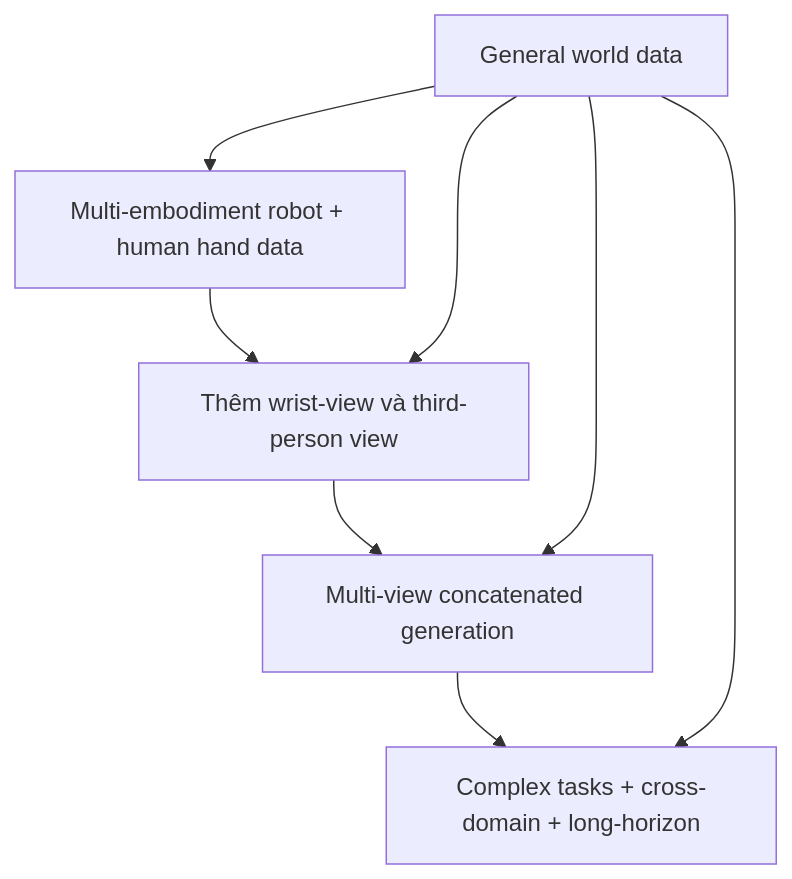
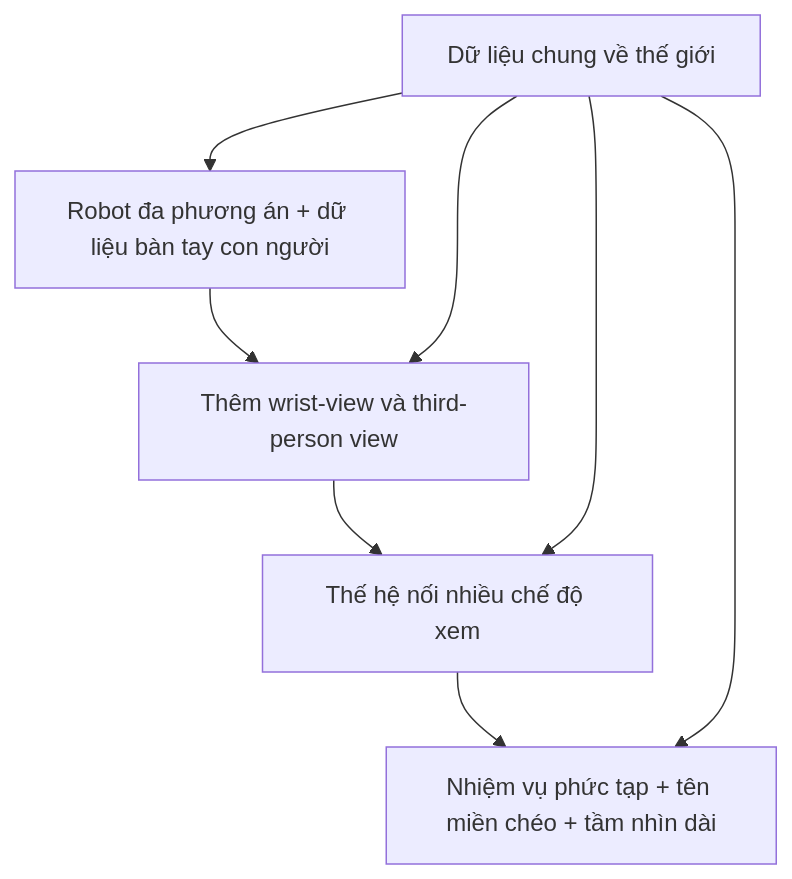
Before and after one commit to cycler04/VinRobotics-VLA: the diagram in docs/research_finding/01-gwen/qwen_models/Qwen-robotworld/training_stages.md, drawn with Mermaid. The commit also changed other lines of this file and 24 other files, not shown here.

````diff
--- a/docs/research_finding/01-gwen/qwen_models/Qwen-robotworld/training_stages.md
+++ b/docs/research_finding/01-gwen/qwen_models/Qwen-robotworld/training_stages.md
@@ -38,11 +38,11 @@
 ```mermaid
 flowchart TB
-  A[Multi-embodiment robot + human hand data]
+  A[Robot đa phương án + dữ liệu bàn tay con người]
   A --> B[Thêm wrist-view và third-person view]
-  B --> C[Multi-view concatenated generation]
-  C --> D[Complex tasks + cross-domain + long-horizon]
-  G[General world data] --> A
+  B --> C[Thế hệ nối nhiều chế độ xem]
+  C --> D[Nhiệm vụ phức tạp + tên miền chéo + tầm nhìn dài]
+  G[Dữ liệu chung về thế giới] --> A
   G --> B
   G --> C
   G --> D
 ```
````
